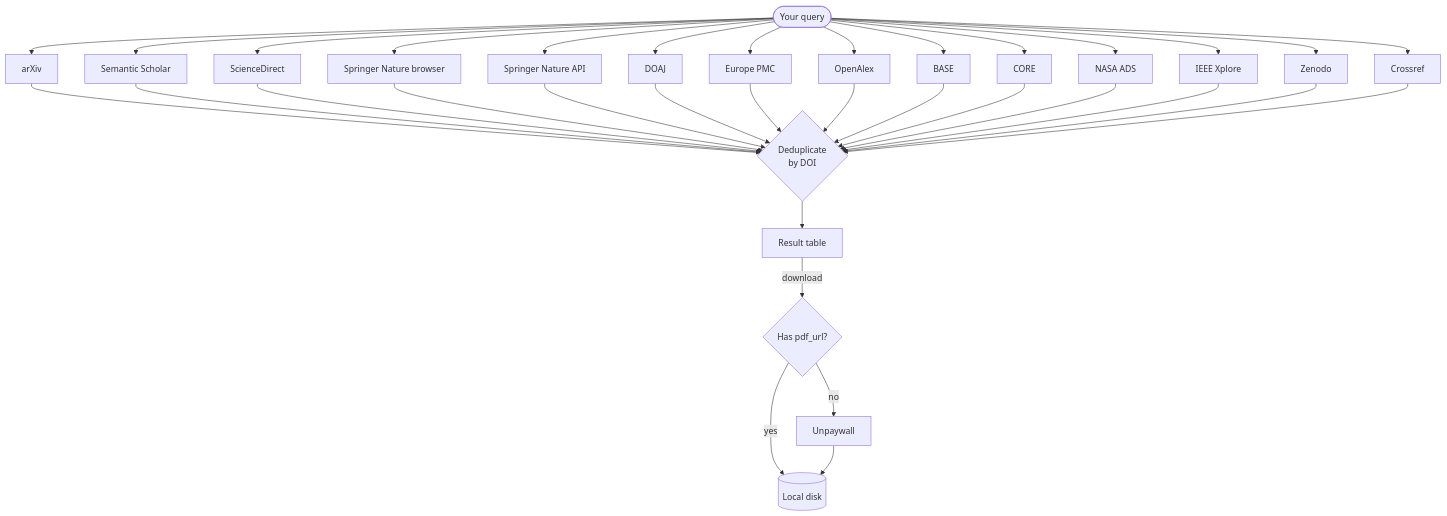
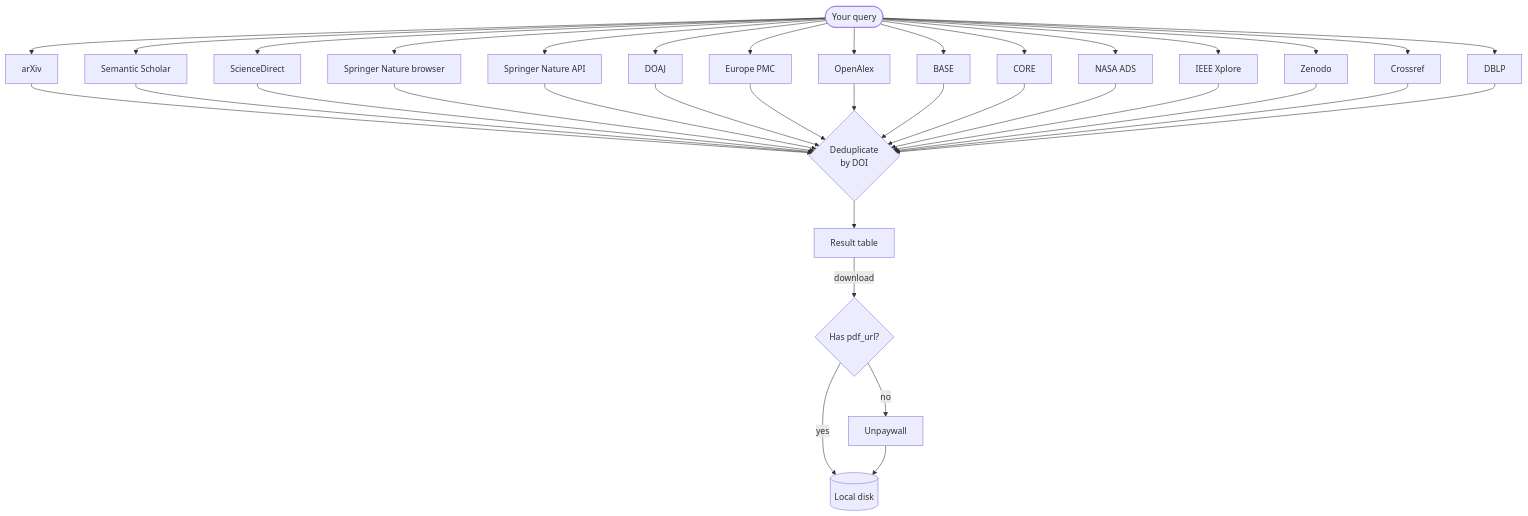
Before and after one commit to szaghi/mosaic: the diagram in docs/guide/sources.md, drawn with Mermaid. The commit also changed other lines of this file and 12 other files, not shown here.

````diff
--- a/docs/guide/sources.md
+++ b/docs/guide/sources.md
@@ -9,23 +9,24 @@
 ```mermaid
 flowchart TD
     Q([Your query]) --> A[arXiv]
     Q --> B[Semantic Scholar]
     Q --> C[ScienceDirect]
     Q --> SP[Springer Nature browser]
     Q --> SPN[Springer Nature API]
     Q --> D[DOAJ]
     Q --> E[Europe PMC]
     Q --> F[OpenAlex]
     Q --> G[BASE]
     Q --> H[CORE]
     Q --> N[NASA ADS]
     Q --> IEEE[IEEE Xplore]
     Q --> Z[Zenodo]
     Q --> CR[Crossref]
-    A & B & C & SP & SPN & D & E & F & G & H & N & IEEE & Z & CR --> I{Deduplicate\nby DOI}
+    Q --> DBLP[DBLP]
+    A & B & C & SP & SPN & D & E & F & G & H & N & IEEE & Z & CR & DBLP --> I{Deduplicate\nby DOI}
     I --> J[Result table]
     J -->|download| K{Has pdf_url?}
     K -- yes --> L[(Local disk)]
     K -- no --> M[Unpaywall]
     M --> L
 ```
````
